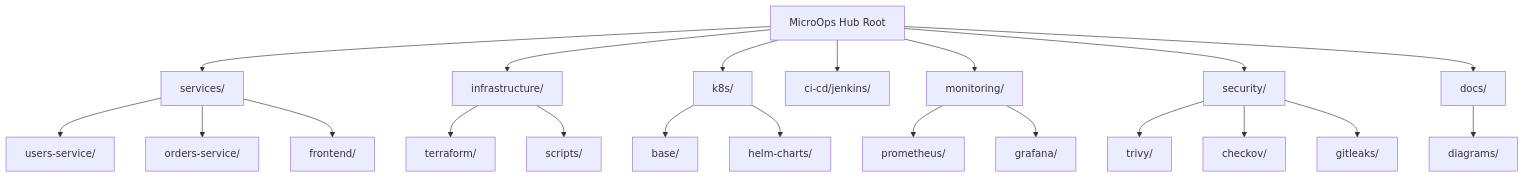
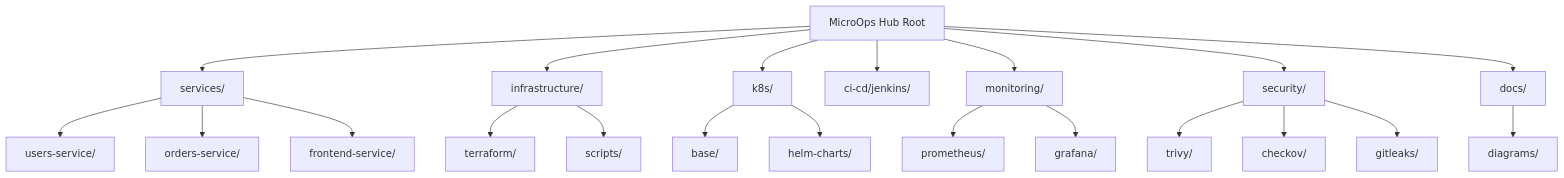
One commit to VaibhavPithadiya/micro-ops-hub changed the diagram in README.md. Above: the diagram before and after it, drawn with Mermaid. The commit also changed 34 other files, not shown here.

````diff
--- a/README.md
+++ b/README.md
@@ -28,28 +28,28 @@
 ```mermaid
 graph TD
     A[MicroOps Hub Root] --> B[services/]
     B --> B1[users-service/]
     B --> B2[orders-service/]
-    B --> B3[frontend/]
+    B --> B3[frontend-service/]
 
     A --> C[infrastructure/]
     C --> C1[terraform/]
     C --> C2[scripts/]
 
     A --> D[k8s/]
     D --> D1[base/]
     D --> D2[helm-charts/]
 
     A --> E[ci-cd/jenkins/]
     A --> F[monitoring/]
     F --> F1[prometheus/]
     F --> F2[grafana/]
 
     A --> G[security/]
     G --> G1[trivy/]
     G --> G2[checkov/]
     G --> G3[gitleaks/]
 
     A --> H[docs/]
     H --> H1[diagrams/]
 ```
````
